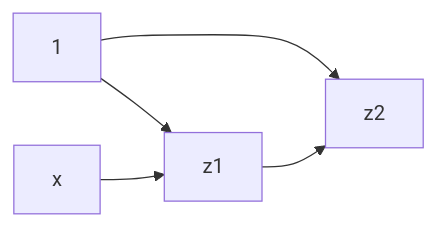
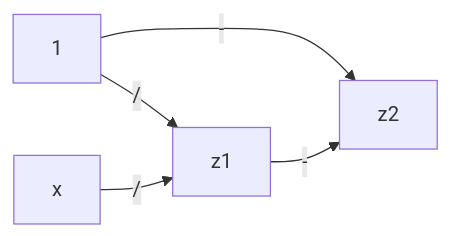
Before and after one commit to SuperSamus/appunti-universitari: the second of 6 diagrams in trash/Calcolo numerico/Esercizi errore.md, drawn with Mermaid. The commit also changed other lines of this file, not shown here.

````diff
--- a/trash/Calcolo numerico/Esercizi errore.md
+++ b/trash/Calcolo numerico/Esercizi errore.md
@@ -18,7 +18,7 @@
 ```mermaid
 flowchart LR
-1 --> z2
-1 --> z1
-x --> z1
-z1 --> z2
+1 -- - --> z2
+1 -- / --> z1
+x -- / --> z1
+z1 -- - --> z2
 ```
````
